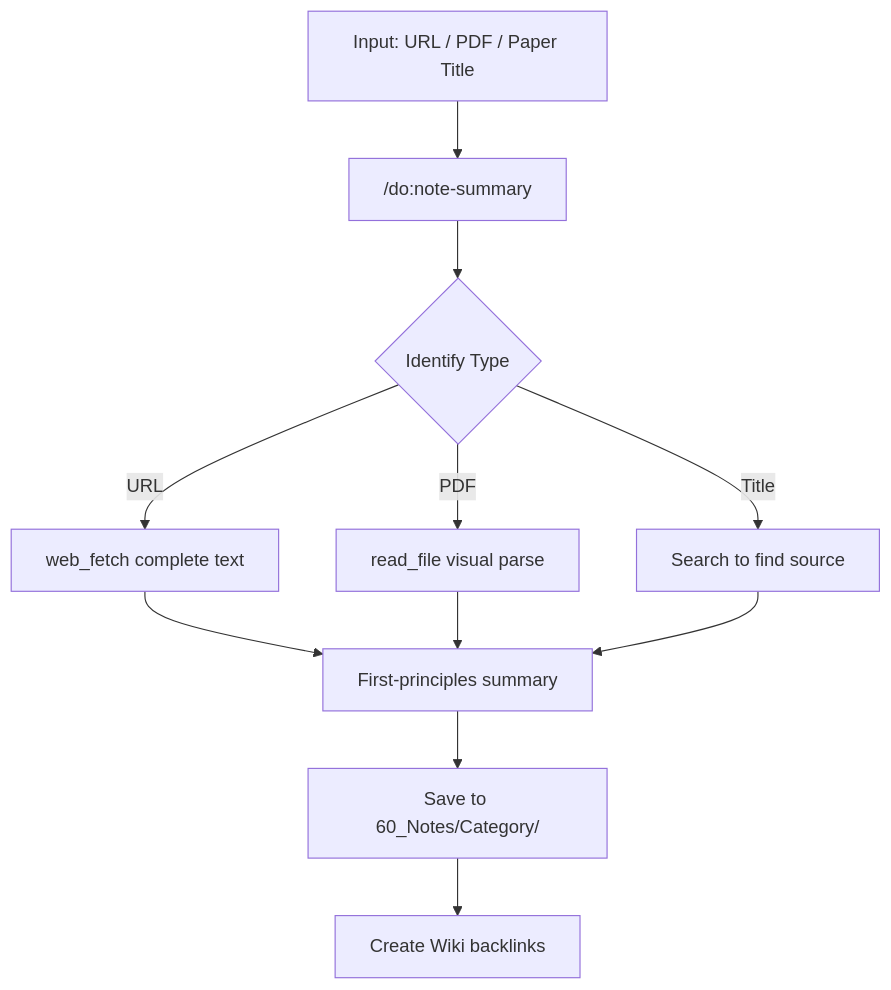
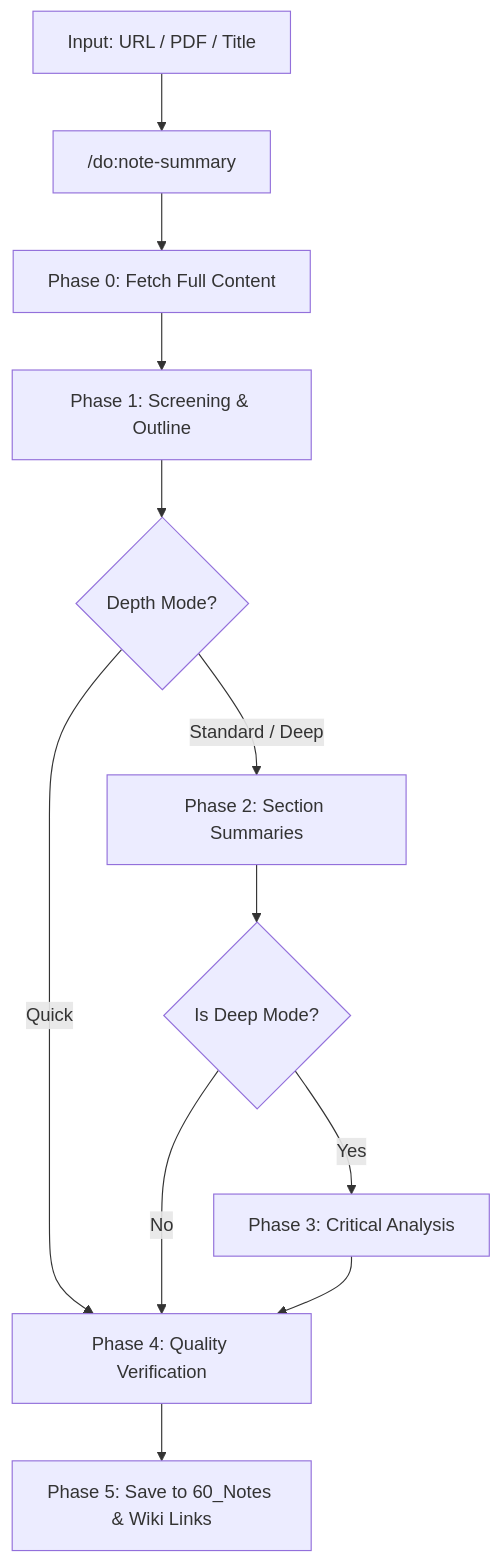
The eighth of 8 diagrams in README.md (dull-bird/DeepOrbit), drawn with Mermaid before and after one commit. The commit also changed other lines of this file and 3 other files, not shown here.

````diff
--- a/README.md
+++ b/README.md
@@ -241,11 +242,14 @@
 ```mermaid
 flowchart TD
-    A["Input: URL / PDF / Paper Title"] --> B["/do:note-summary"]
-    B --> C{Identify Type}
-    C -->|URL| D["web_fetch complete text"]
-    C -->|PDF| E["read_file visual parse"]
-    C -->|Title| F["Search to find source"]
-    D & E & F --> G["First-principles summary"]
-    G --> H["Save to 60_Notes/Category/"]
-    H --> I["Create Wiki backlinks"]
+    A["Input: URL / PDF / Title"] --> B["/do:note-summary"]
+    B --> C["Phase 0: Fetch Full Content"]
+    C --> D["Phase 1: Screening & Outline"]
+    D --> E{Depth Mode?}
+    E -->|Quick| I["Phase 4: Quality Verification"]
+    E -->|Standard / Deep| F["Phase 2: Section Summaries"]
+    F --> G{Is Deep Mode?}
+    G -->|Yes| H["Phase 3: Critical Analysis"]
+    G -->|No| I
+    H --> I
+    I --> J["Phase 5: Save to 60_Notes & Wiki Links"]
 ```
````
